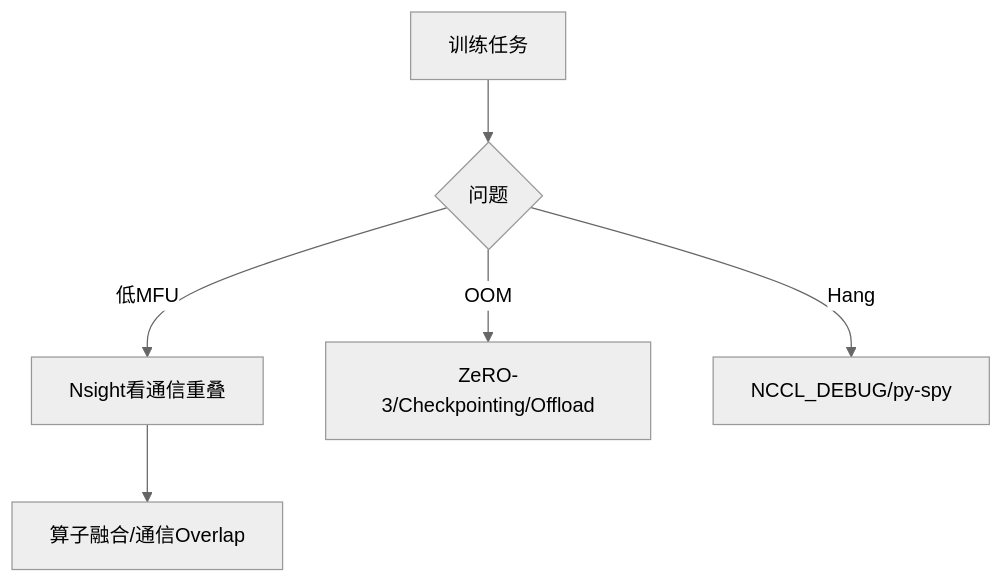
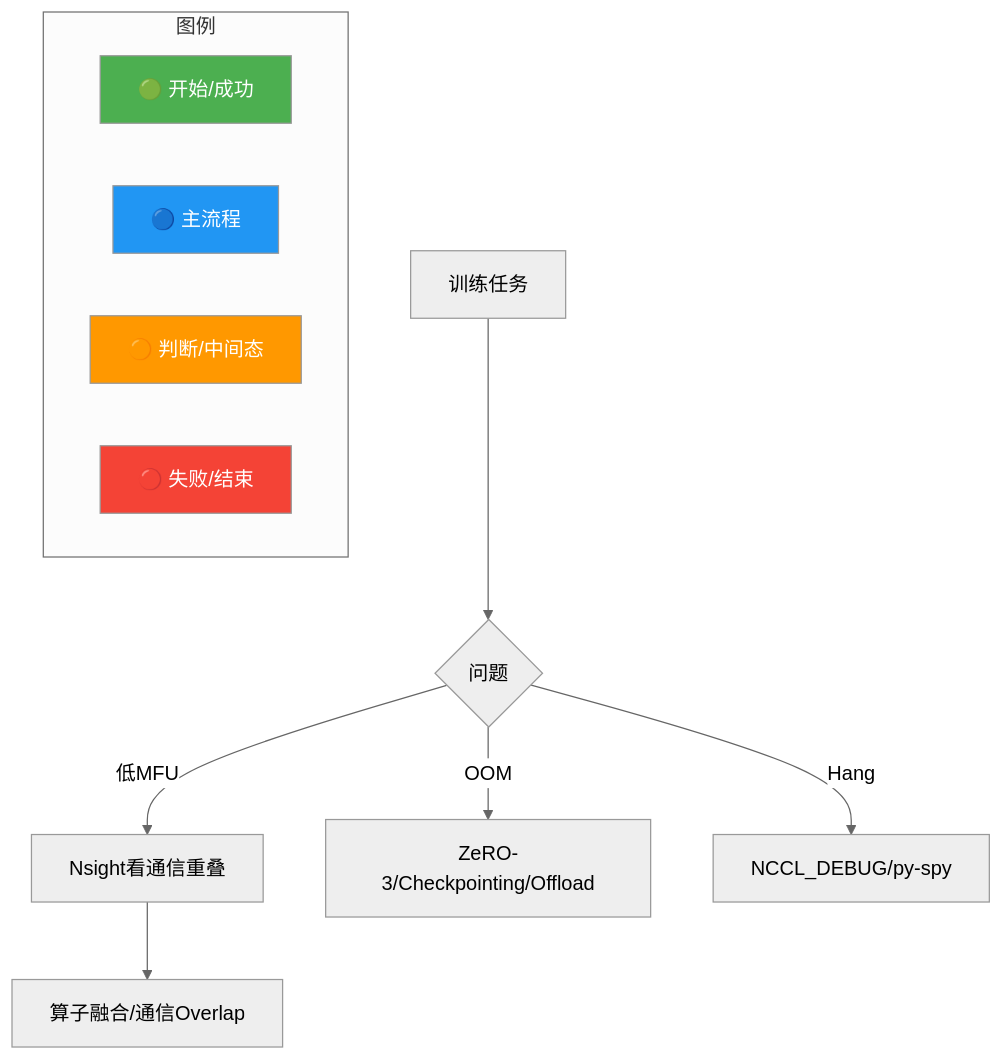
The diagram in questions/ai-harness/zp-infra-010.md (SunArthur86/interview-2026), drawn with Mermaid (neutral theme) before and after one commit. The commit also changed other lines of this file and 3180 other files, not shown here.

First line of the commit message:
Mermaid颜色增强99% + 面试频率分类(高频1571/中频1115/低频461)

````diff
--- a/questions/ai-harness/zp-infra-010.md
+++ b/questions/ai-harness/zp-infra-010.md
@@ -108,8 +109,33 @@
 ```mermaid
 flowchart TD
+    classDef start fill:#4CAF50,color:#fff
+    classDef process fill:#2196F3,color:#fff
+    classDef decision fill:#FF9800,color:#fff
+    classDef special fill:#9C27B0,color:#fff
+    classDef error fill:#f44336,color:#fff
+    classDef info fill:#607D8B,color:#fff
+    class Checkpointing start
+    class Fix process
+    class Hang decision
+    class Issue special
+    class NCCL error
+    class NCCL_DEBUG info
+    class Nsight start
+    class OOM process
+    class Offload decision
+    class Train special
+    class ZeRO error
+    class py info
+    class spy start
     Train[训练任务] --> Issue{问题}
     Issue -->|低MFU| Nsight[Nsight看通信重叠]
     Issue -->|OOM| ZeRO[ZeRO-3/Checkpointing/Offload]
     Issue -->|Hang| NCCL[NCCL_DEBUG/py-spy]
     Nsight --> Fix[算子融合/通信Overlap]
+    subgraph Legend["图例"]
+        L1["🟢 开始/成功"]:::start
+        L2["🔵 主流程"]:::process
+        L3["🟠 判断/中间态"]:::decision
+        L4["🔴 失败/结束"]:::error
+    end
 ```
````
